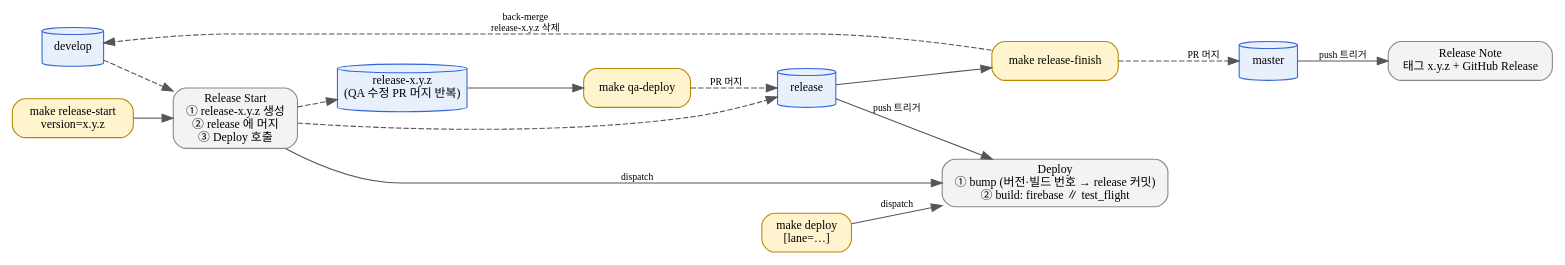
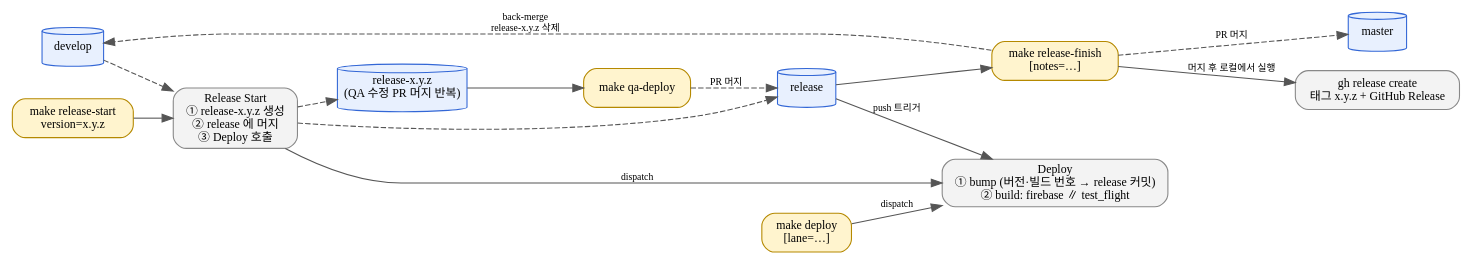
One commit to JunHyeok0206/iOS-release-pipeline-sandbox changed the diagram in docs/github-actions-flow.dot. Above: the diagram before and after it, drawn with Graphviz. The commit also changed 5 other files, not shown here.

First line of the commit message:
update: release-finish 가 태그·GitHub Release 를 직접 생성하도록 변경

```diff
--- a/docs/github-actions-flow.dot
+++ b/docs/github-actions-flow.dot
@@ -1,44 +1,44 @@
 digraph GitHubActionsFlow {
     rankdir=LR
     fontname="Apple SD Gothic Neo"
     node  [fontname="Apple SD Gothic Neo", fontsize=11]
     edge  [fontname="Apple SD Gothic Neo", fontsize=9, color="#555555"]
 
     // 브랜치
     node [shape=cylinder, style=filled, fillcolor="#E8F0FE", color="#3367D6"]
     develop [label="develop"]
     relx    [label="release-x.y.z\n(QA 수정 PR 머지 반복)"]
     release [label="release"]
     master  [label="master"]
 
     // make 명령어
     node [shape=box, style="rounded,filled", fillcolor="#FFF4CE", color="#B58900"]
     cmd_start  [label="make release-start\nversion=x.y.z"]
     cmd_qa     [label="make qa-deploy"]
     cmd_deploy [label="make deploy\n[lane=…]"]
-    cmd_finish [label="make release-finish"]
+    cmd_finish [label="make release-finish\n[notes=…]"]
 
-    // 워크플로
+    // 워크플로 (gh_rel 은 Makefile 이 로컬에서 실행)
     node [shape=box, style="rounded,filled", fillcolor="#F3F3F3", color="#888888"]
     wf_start  [label="Release Start\n① release-x.y.z 생성\n② release 에 머지\n③ Deploy 호출"]
     wf_deploy [label="Deploy\n① bump (버전·빌드 번호 → release 커밋)\n② build: firebase ∥ test_flight"]
-    wf_note   [label="Release Note\n태그 x.y.z + GitHub Release"]
+    gh_rel    [label="gh release create\n태그 x.y.z + GitHub Release"]
 
     // 흐름
     cmd_start -> wf_start
     develop   -> wf_start [style=dashed]
     wf_start  -> relx     [style=dashed]
     wf_start  -> release  [style=dashed]
     wf_start  -> wf_deploy [label="dispatch"]
 
     relx    -> cmd_qa
     cmd_qa  -> release   [label="PR 머지", style=dashed]
     release -> wf_deploy [label="push 트리거"]
     cmd_deploy -> wf_deploy [label="dispatch"]
 
     release    -> cmd_finish
     cmd_finish -> master  [label="PR 머지", style=dashed]
-    master     -> wf_note [label="push 트리거"]
+    cmd_finish -> gh_rel  [label="머지 후 로컬에서 실행"]
     cmd_finish -> develop [label="back-merge\nrelease-x.y.z 삭제", style=dashed]
 
 }
```
